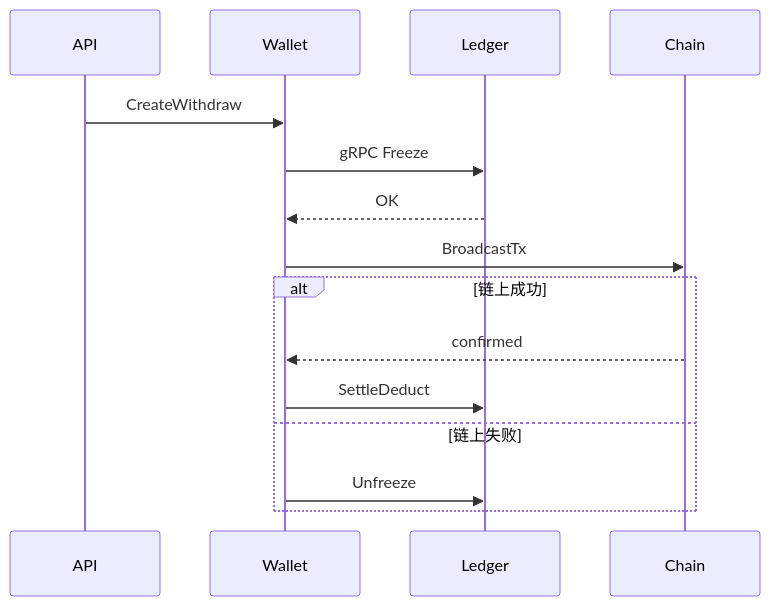
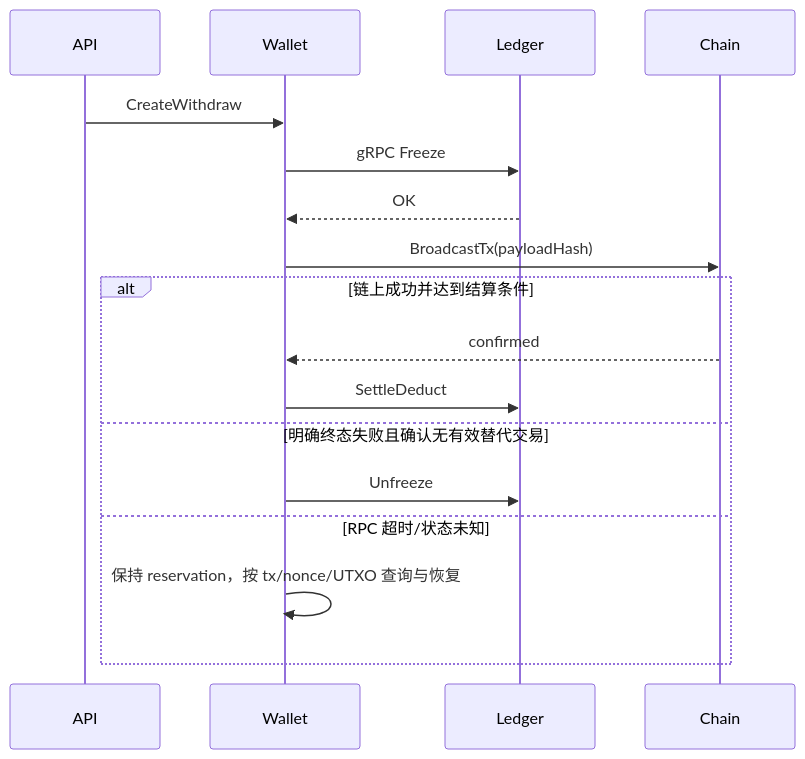
The second of 2 diagrams in docs/interview/15-microservices-exchange/S-MSVC-04-database-per-service.md (twodog-tt/Golang-development-manual), drawn with Mermaid before and after one commit. The commit also changed other lines of this file and 438 other files, not shown here.

````diff
--- a/docs/interview/15-microservices-exchange/S-MSVC-04-database-per-service.md
+++ b/docs/interview/15-microservices-exchange/S-MSVC-04-database-per-service.md
@@ -70,17 +76,19 @@
 ```mermaid
 sequenceDiagram
   participant API
   participant Wallet
   participant Ledger
   participant Chain
   API->>Wallet: CreateWithdraw
   Wallet->>Ledger: gRPC Freeze
   Ledger-->>Wallet: OK
-  Wallet->>Chain: BroadcastTx
-  alt 链上成功
+  Wallet->>Chain: BroadcastTx(payloadHash)
+  alt 链上成功并达到结算条件
     Chain-->>Wallet: confirmed
     Wallet->>Ledger: SettleDeduct
-  else 链上失败
+  else 明确终态失败且确认无有效替代交易
     Wallet->>Ledger: Unfreeze
+  else RPC 超时/状态未知
+    Wallet->>Wallet: 保持 reservation，按 tx/nonce/UTXO 查询与恢复
   end
 ```
````
